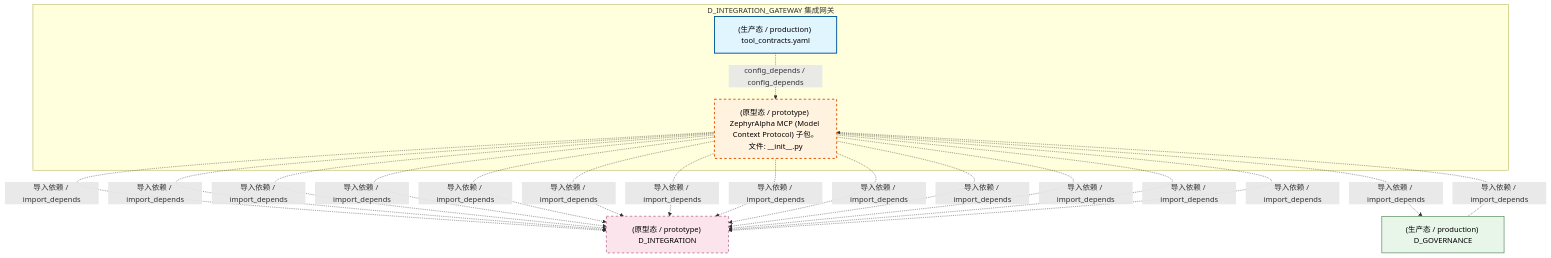
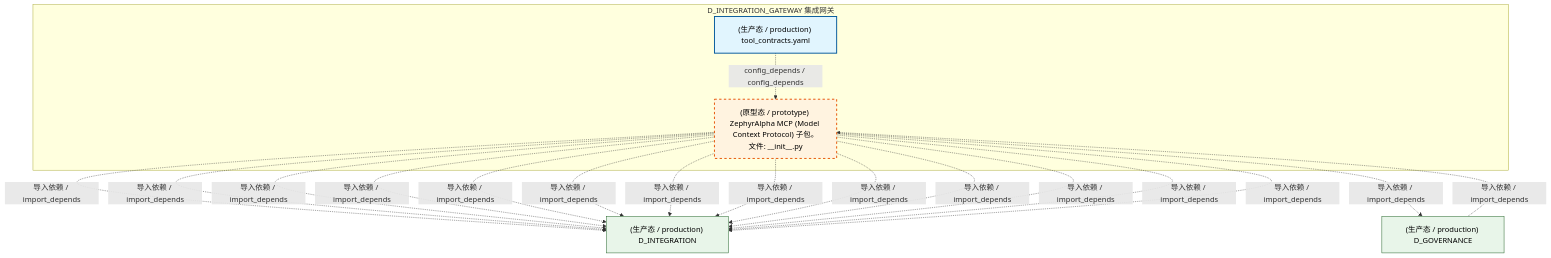
The first of 4 diagrams in docs/02_enterprise_architecture/02_domain_architecture_docs/19_d_integration_gateway.md (xuanFelixVan/ZephyrAlpha), drawn with Mermaid before and after one commit. The commit also changed other lines of this file and 126 other files, not shown here.

````diff
--- a/docs/02_enterprise_architecture/02_domain_architecture_docs/19_d_integration_gateway.md
+++ b/docs/02_enterprise_architecture/02_domain_architecture_docs/19_d_integration_gateway.md
@@ -65,33 +65,32 @@
 ```mermaid
 graph TD
     subgraph D_INTEGRATION_GATEWAY["D_INTEGRATION_GATEWAY 集成网关"]
         src_zephyr_integration_mcp_init_py["(原型态 / prototype) ZephyrAlpha MCP (Model Context Protocol) 子包。<br/>文件: __init__.py"]
         src_zephyr_integration_mcp_tool_contracts_yaml["(生产态 / production) tool_contracts.yaml"]
     end
     src_zephyr_integration_mcp_tool_contracts_yaml -.->|config_depends / config_depends| src_zephyr_integration_mcp_init_py
-    D_INTEGRATION["(原型态 / prototype) D_INTEGRATION"]
+    D_INTEGRATION["(生产态 / production) D_INTEGRATION"]
     src_zephyr_integration_mcp_init_py -.->|导入依赖 / import_depends| D_INTEGRATION
     src_zephyr_integration_mcp_init_py -.->|导入依赖 / import_depends| D_INTEGRATION
     src_zephyr_integration_mcp_init_py -.->|导入依赖 / import_depends| D_INTEGRATION
     src_zephyr_integration_mcp_init_py -.->|导入依赖 / import_depends| D_INTEGRATION
     src_zephyr_integration_mcp_init_py -.->|导入依赖 / import_depends| D_INTEGRATION
     src_zephyr_integration_mcp_init_py -.->|导入依赖 / import_depends| D_INTEGRATION
     src_zephyr_integration_mcp_init_py -.->|导入依赖 / import_depends| D_INTEGRATION
     src_zephyr_integration_mcp_init_py -.->|导入依赖 / import_depends| D_INTEGRATION
     src_zephyr_integration_mcp_init_py -.->|导入依赖 / import_depends| D_INTEGRATION
     src_zephyr_integration_mcp_init_py -.->|导入依赖 / import_depends| D_INTEGRATION
     D_GOVERNANCE["(生产态 / production) D_GOVERNANCE"]
     src_zephyr_integration_mcp_init_py -.->|导入依赖 / import_depends| D_GOVERNANCE
     src_zephyr_integration_mcp_init_py -.->|导入依赖 / import_depends| D_INTEGRATION
     src_zephyr_integration_mcp_init_py -.->|导入依赖 / import_depends| D_INTEGRATION
     src_zephyr_integration_mcp_init_py -.->|导入依赖 / import_depends| D_INTEGRATION
     D_GOVERNANCE -.->|导入依赖 / import_depends| src_zephyr_integration_mcp_init_py
     classDef production fill:#e1f5fe,stroke:#01579b,stroke-width:2px,color:#000
     classDef design fill:#fff3e0,stroke:#e65100,stroke-width:2px,color:#000,stroke-dasharray: 5 5
     classDef external_prod fill:#e8f5e9,stroke:#1b5e20,stroke-width:1px,color:#000
     classDef external_design fill:#fce4ec,stroke:#880e4f,stroke-width:1px,color:#000,stroke-dasharray: 5 5
     class src_zephyr_integration_mcp_tool_contracts_yaml production
     class src_zephyr_integration_mcp_init_py design
-    class D_GOVERNANCE external_prod
-    class D_INTEGRATION external_design
+    class D_INTEGRATION,D_GOVERNANCE external_prod
 ```
````
